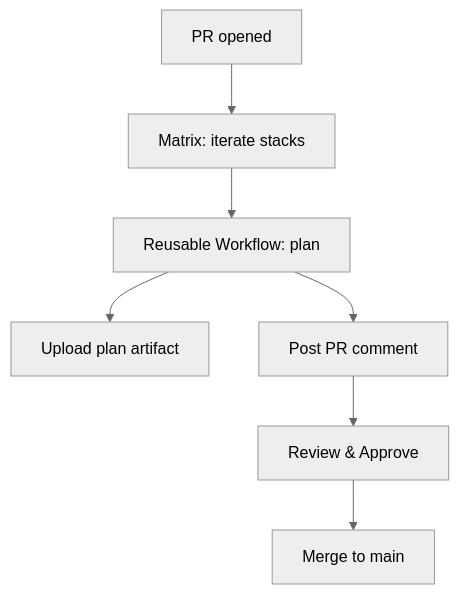
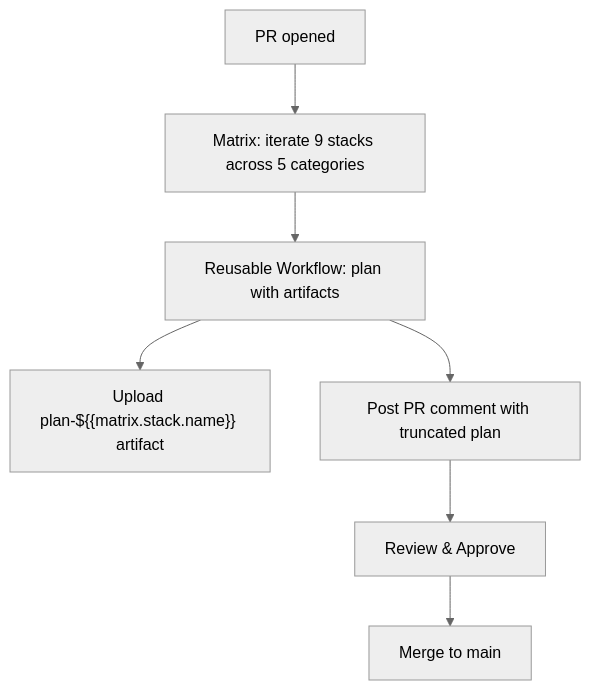
The fifth of 10 diagrams in .qoder/repowiki/en/content/CI_CD Pipeline Architecture/CI_CD Pipeline Architecture.md (AlibabaCloudLandingZone/alibabacloud-landingzone-accelerator-github-demo), drawn with Mermaid (neutral theme) before and after one commit. The commit also changed other lines of this file and 104 other files, not shown here.

````diff
--- a/.qoder/repowiki/en/content/CI_CD Pipeline Architecture/CI_CD Pipeline Architecture.md
+++ b/.qoder/repowiki/en/content/CI_CD Pipeline Architecture/CI_CD Pipeline Architecture.md
@@ -209,9 +243,9 @@
 ```mermaid
 flowchart TD
-PR["PR opened"] --> Matrix["Matrix: iterate stacks"]
-Matrix --> Plan["Reusable Workflow: plan"]
-Plan --> Artifact["Upload plan artifact"]
-Plan --> Comment["Post PR comment"]
+PR["PR opened"] --> Matrix["Matrix: iterate 9 stacks across 5 categories"]
+Matrix --> Plan["Reusable Workflow: plan with artifacts"]
+Plan --> Artifact["Upload plan-${{matrix.stack.name}} artifact"]
+Plan --> Comment["Post PR comment with truncated plan"]
 Comment --> Review["Review & Approve"]
 Review --> Merge["Merge to main"]
 ```
````
